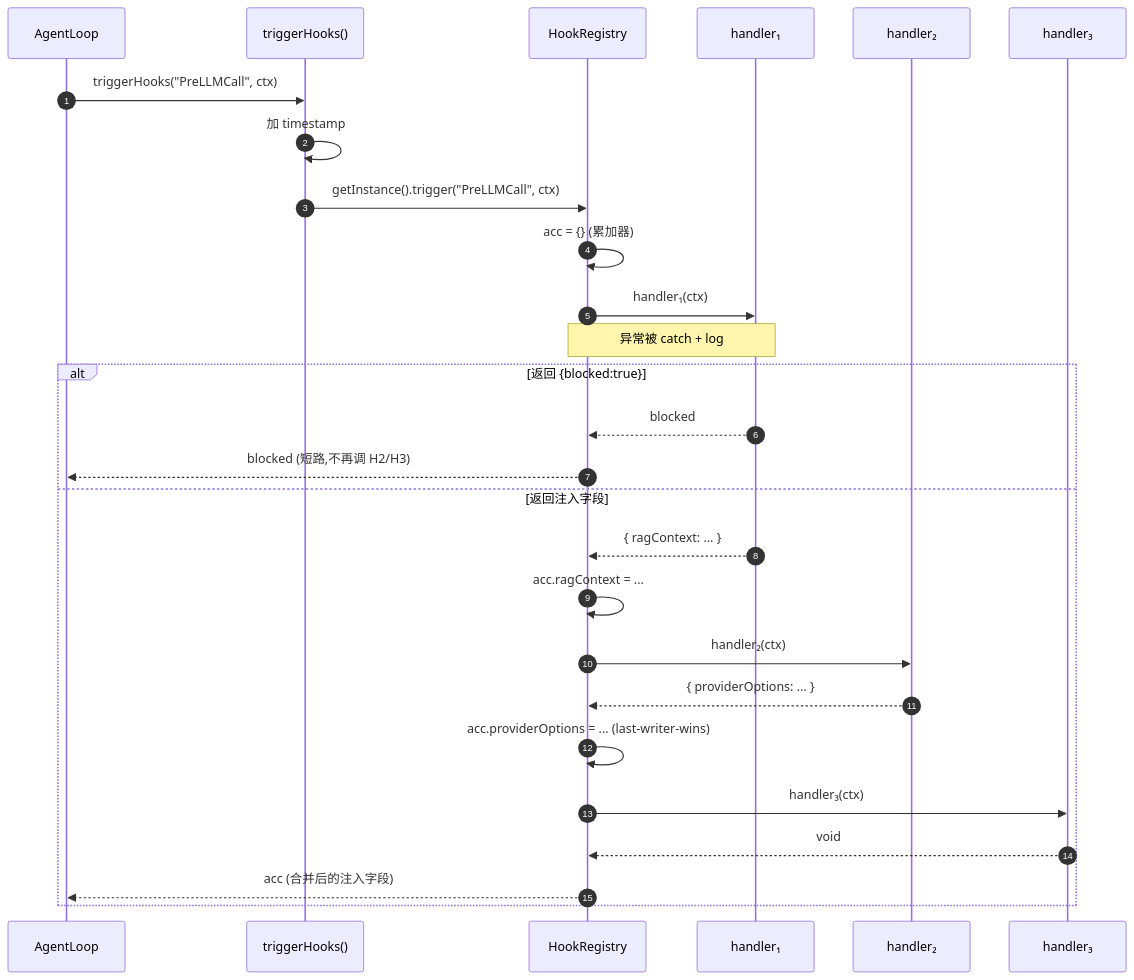
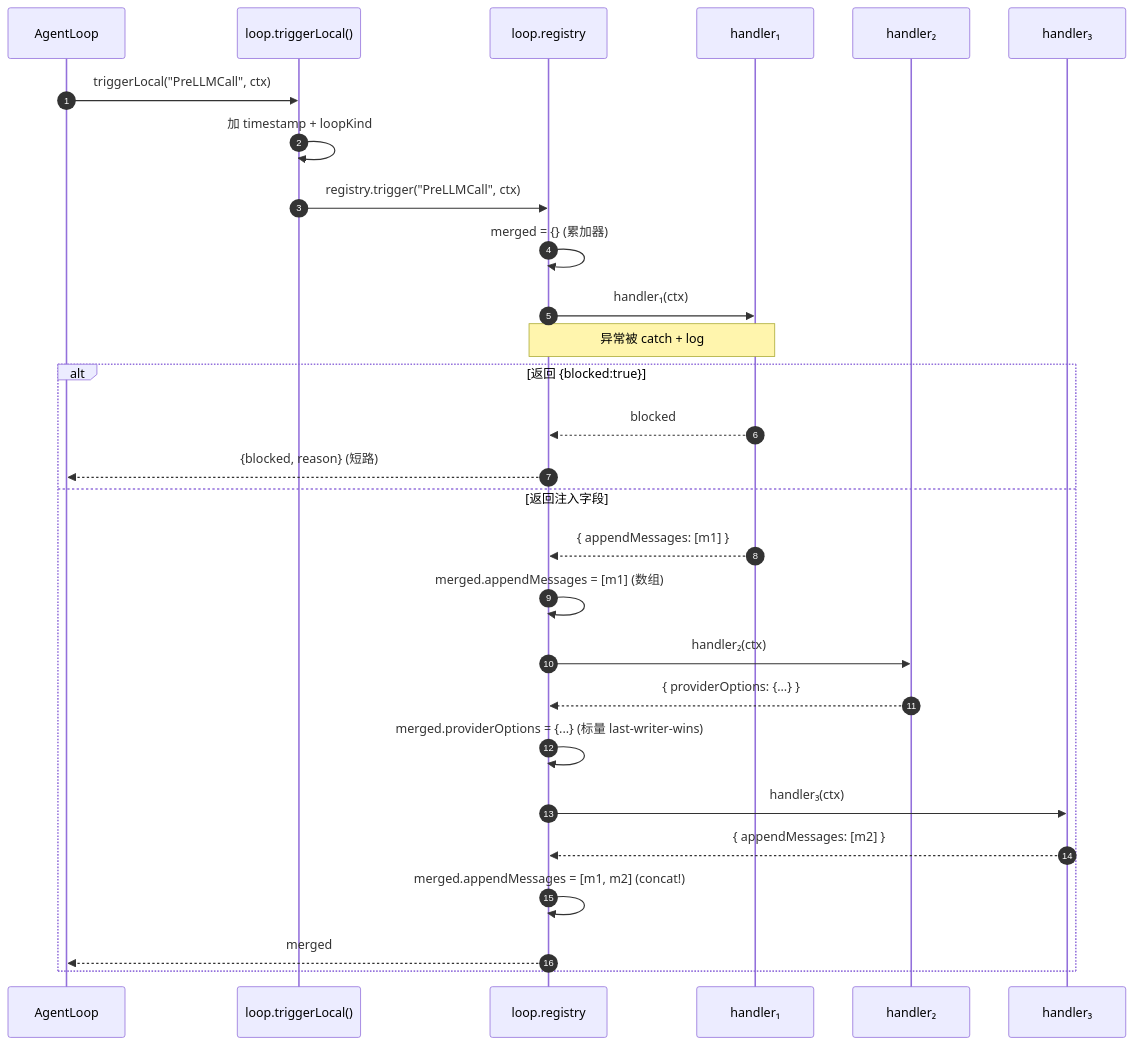
One commit to LanicBlue/zero-core changed the second of 3 diagrams in docs/arch/08-cross-cutting.md. Above: the diagram before and after it, drawn with Mermaid. The commit also changed other lines of this file and 7 other files, not shown here.

````diff
--- a/docs/arch/08-cross-cutting.md
+++ b/docs/arch/08-cross-cutting.md
@@ -129,30 +135,31 @@
 ```mermaid
 sequenceDiagram
     autonumber
     participant AL as AgentLoop
-    participant T as triggerHooks()
-    participant R as HookRegistry
+    participant T as loop.triggerLocal()
+    participant R as loop.registry
     participant H1 as handler₁
     participant H2 as handler₂
     participant H3 as handler₃
 
-    AL->>T: triggerHooks("PreLLMCall", ctx)
-    T->>T: 加 timestamp
-    T->>R: getInstance().trigger("PreLLMCall", ctx)
-    R->>R: acc = {} (累加器)
+    AL->>T: triggerLocal("PreLLMCall", ctx)
+    T->>T: 加 timestamp + loopKind
+    T->>R: registry.trigger("PreLLMCall", ctx)
+    R->>R: merged = {} (累加器)
     R->>H1: handler₁(ctx)
     Note over R,H1: 异常被 catch + log
     alt 返回 {blocked:true}
         H1-->>R: blocked
-        R-->>AL: blocked (短路,不再调 H2/H3)
+        R-->>AL: {blocked, reason} (短路)
     else 返回注入字段
-        H1-->>R: { ragContext: ... }
-        R->>R: acc.ragContext = ...
+        H1-->>R: { appendMessages: [m1] }
+        R->>R: merged.appendMessages = [m1] (数组)
         R->>H2: handler₂(ctx)
-        H2-->>R: { providerOptions: ... }
-        R->>R: acc.providerOptions = ... (last-writer-wins)
+        H2-->>R: { providerOptions: {...} }
+        R->>R: merged.providerOptions = {...} (标量 last-writer-wins)
         R->>H3: handler₃(ctx)
-        H3-->>R: void
-        R-->>AL: acc (合并后的注入字段)
+        H3-->>R: { appendMessages: [m2] }
+        R->>R: merged.appendMessages = [m1, m2] (concat!)
+        R-->>AL: merged
     end
 ```
````
